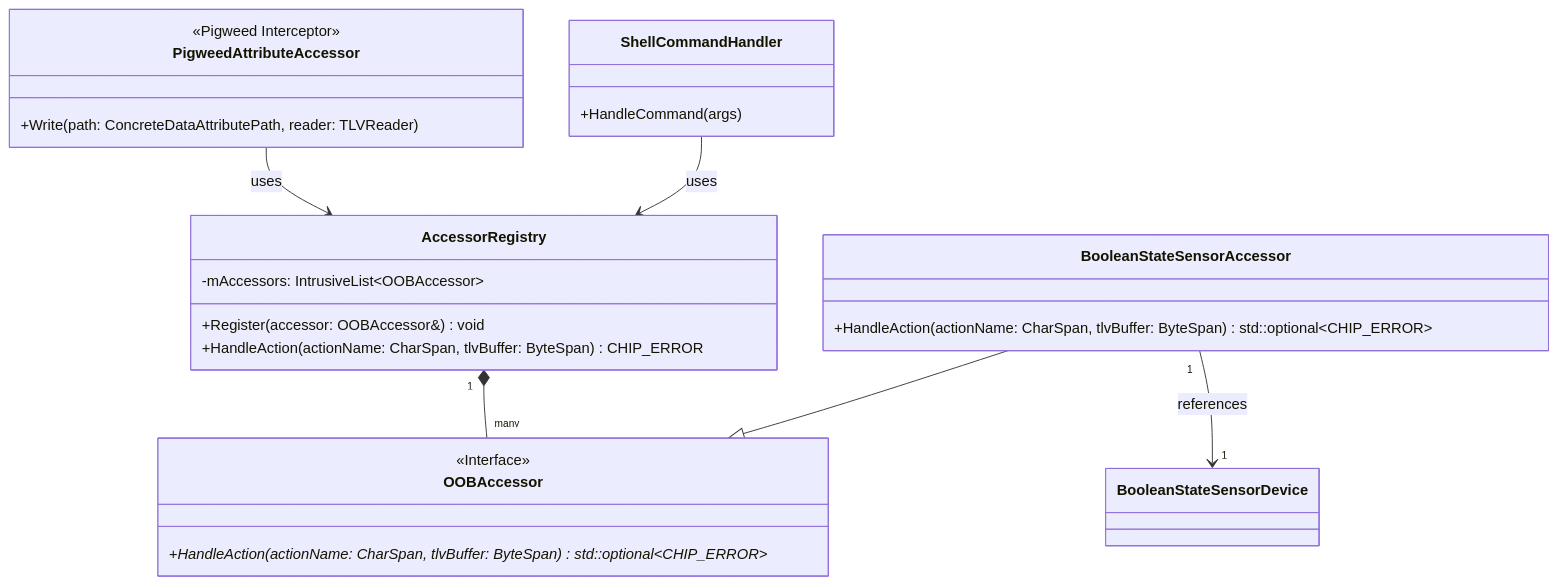
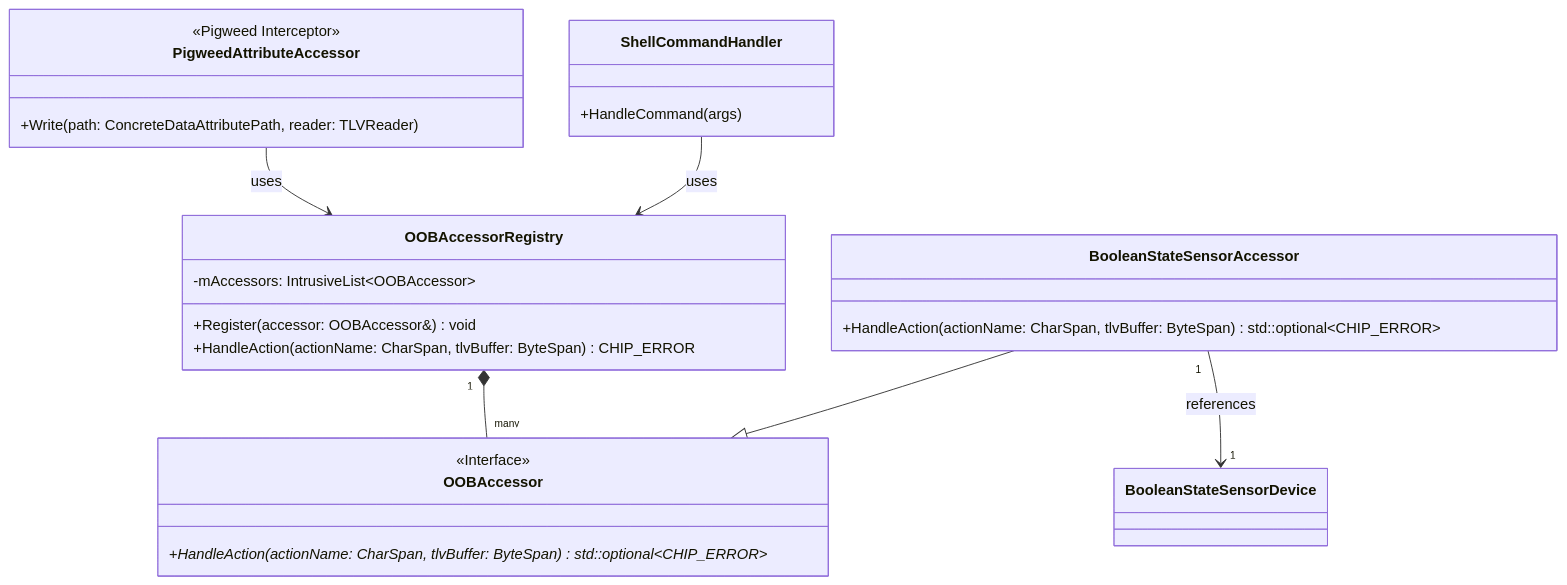
The diagram in examples/all-devices-app/all-devices-common/accessors/README.md (project-chip/connectedhomeip), drawn with Mermaid before and after one commit.

Commit message:
Rename class AccessorRegistry to OOBAccessorRegistry

````diff
--- a/examples/all-devices-app/all-devices-common/accessors/README.md
+++ b/examples/all-devices-app/all-devices-common/accessors/README.md
@@ -17,31 +17,31 @@
 ```mermaid
 classDiagram
-    class AccessorRegistry {
+    class OOBAccessorRegistry {
         -mAccessors: IntrusiveList~OOBAccessor~
         +Register(accessor: OOBAccessor&) void
         +HandleAction(actionName: CharSpan, tlvBuffer: ByteSpan) CHIP_ERROR
     }
     class OOBAccessor {
         <<Interface>>
         +HandleAction(actionName: CharSpan, tlvBuffer: ByteSpan) std::optional~CHIP_ERROR~*
     }
     class BooleanStateSensorAccessor {
         +HandleAction(actionName: CharSpan, tlvBuffer: ByteSpan) std::optional~CHIP_ERROR~
     }
     class BooleanStateSensorDevice {
     }
 
     class PigweedAttributeAccessor {
         <<Pigweed Interceptor>>
         +Write(path: ConcreteDataAttributePath, reader: TLVReader)
     }
     class ShellCommandHandler {
         +HandleCommand(args)
     }
 
-    AccessorRegistry "1" *-- "many" OOBAccessor
+    OOBAccessorRegistry "1" *-- "many" OOBAccessor
     BooleanStateSensorAccessor --|> OOBAccessor
     BooleanStateSensorAccessor "1" --> "1" BooleanStateSensorDevice : references
-    PigweedAttributeAccessor --> AccessorRegistry : uses
-    ShellCommandHandler --> AccessorRegistry : uses
+    PigweedAttributeAccessor --> OOBAccessorRegistry : uses
+    ShellCommandHandler --> OOBAccessorRegistry : uses
 ```
````
